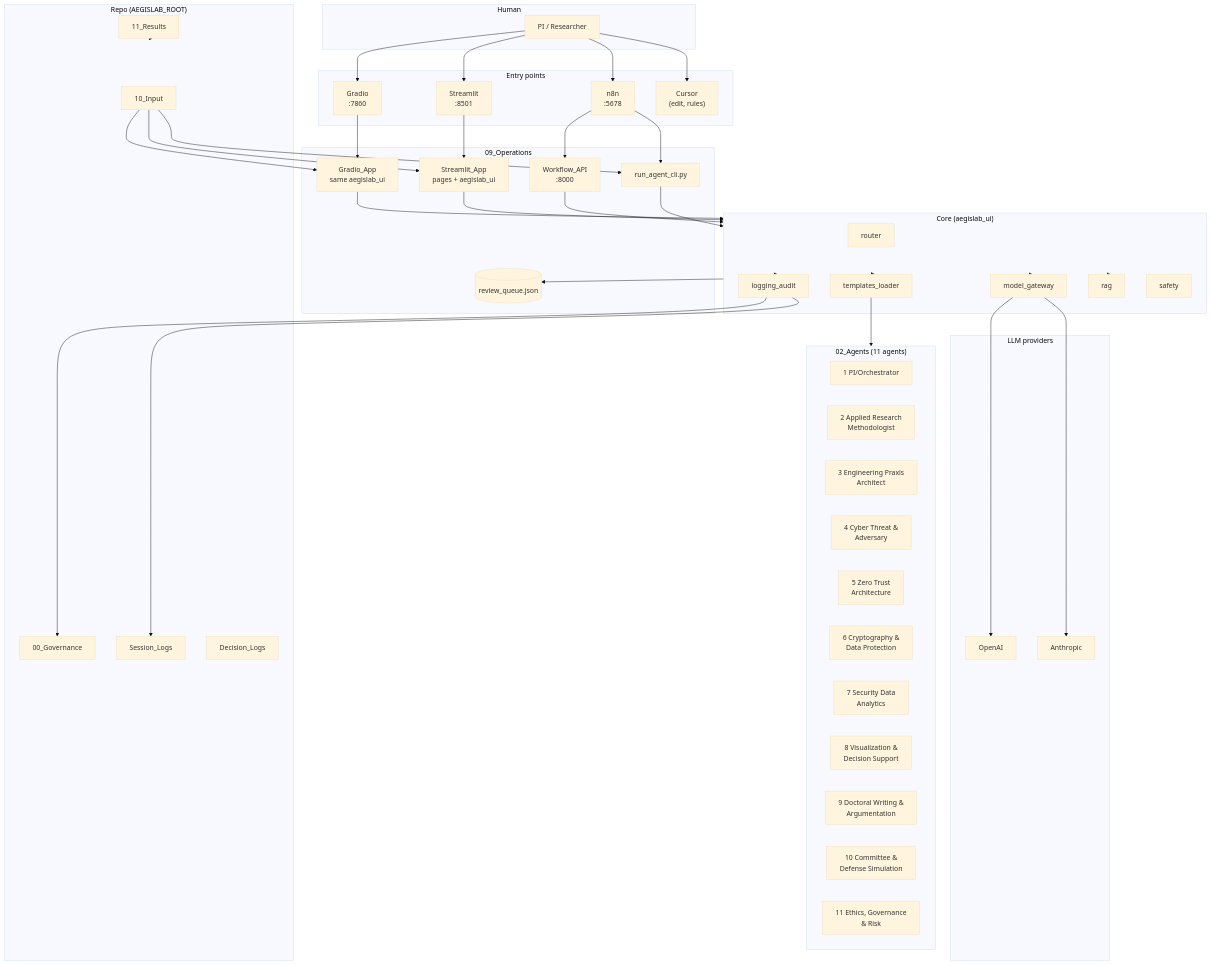
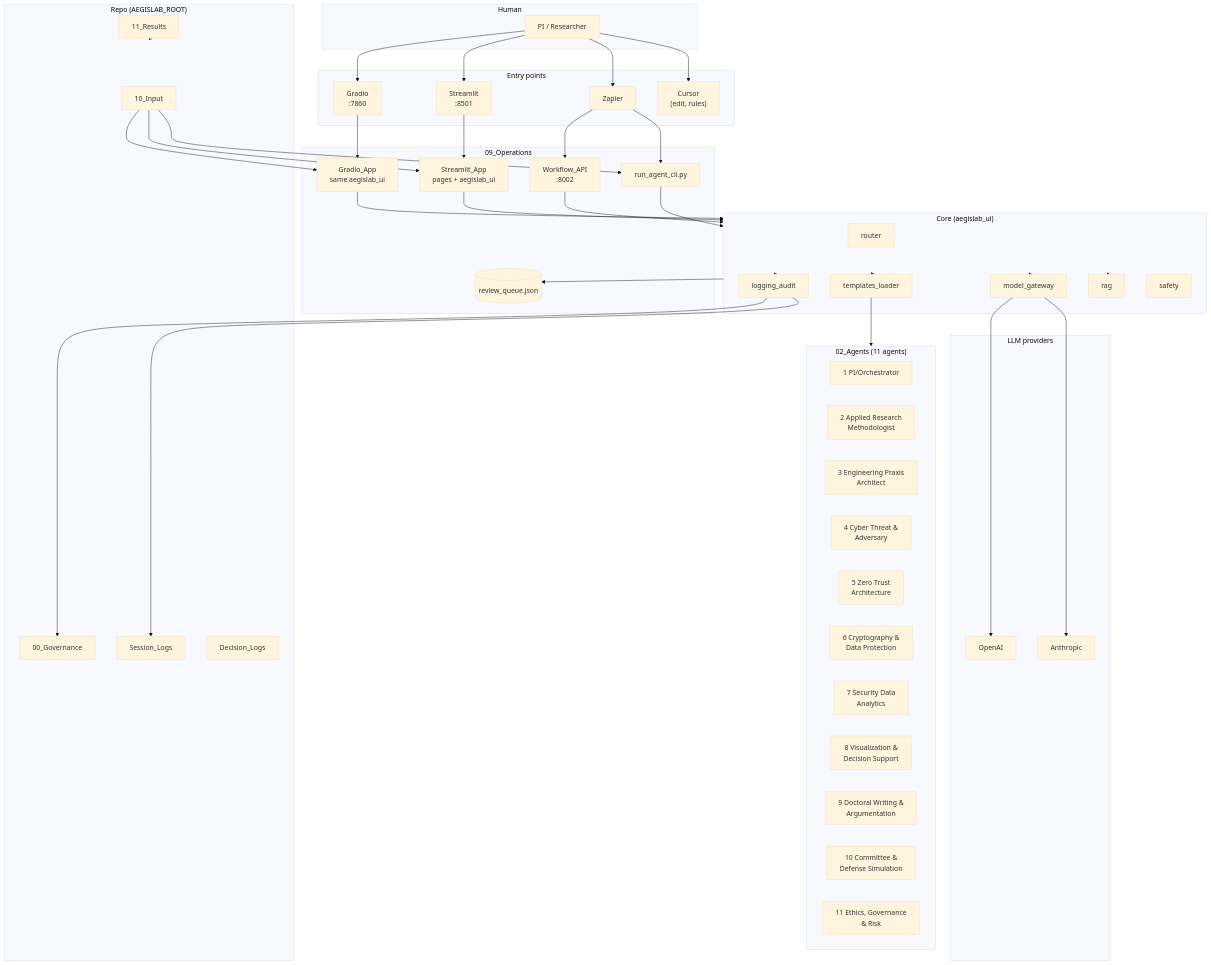
Before and after one commit to CyberVet13/Aegislab-doctoral-cyber-analytics: the first of 2 diagrams in 09_Operations/Agentic_Environment_Workflow_View.md, drawn with Mermaid (base theme). The commit also changed other lines of this file and 77 other files, not shown here.

```diff
--- a/09_Operations/Agentic_Environment_Workflow_View.md
+++ b/09_Operations/Agentic_Environment_Workflow_View.md
@@ -17,7 +17,7 @@
     subgraph Entry["Entry points"]
         Streamlit["Streamlit\n:8501"]
         Gradio["Gradio\n:7860"]
-        n8n["n8n\n:5678"]
+        Zapier["Zapier"]
         Cursor["Cursor\n(edit, rules)"]
     end
 
@@ -25,7 +25,7 @@
         StreamlitApp["Streamlit_App\npages + aegislab_ui"]
         GradioApp["Gradio_App\nsame aegislab_ui"]
         CLI["run_agent_cli.py"]
-        API["Workflow_API\n:8000"]
+        API["Workflow_API\n:8002"]
         Queue[(review_queue.json)]
     end
 
@@ -67,12 +67,12 @@
 
     PI --> Streamlit
     PI --> Gradio
-    PI --> n8n
+    PI --> Zapier
     PI --> Cursor
     Streamlit --> StreamlitApp
     Gradio --> GradioApp
-    n8n --> CLI
-    n8n --> API
+    Zapier --> CLI
+    Zapier --> API
     CLI --> Core
     API --> Core
     StreamlitApp --> Core
```
